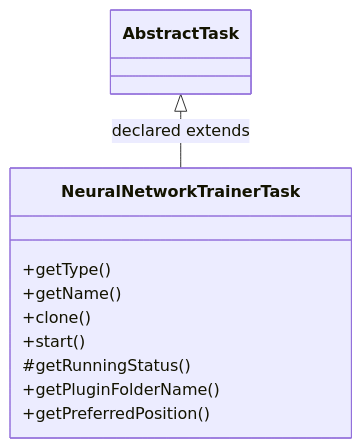
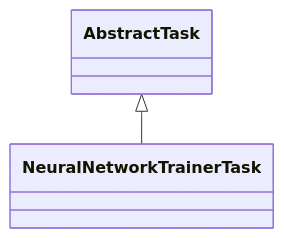
One commit to haruperi/HaruQuantAI changed the diagram in docs/sqx/NeuralNetworkTrainer/TaskNeuralNetworkTrainer.md. Above: the diagram before and after it, drawn with Mermaid. The commit also changed other lines of this file and 1688 other files, not shown here.

````diff
--- a/docs/sqx/NeuralNetworkTrainer/TaskNeuralNetworkTrainer.md
+++ b/docs/sqx/NeuralNetworkTrainer/TaskNeuralNetworkTrainer.md
@@ -30,14 +26,6 @@
 ```mermaid
 classDiagram
-    class C03a0f59c9e96["NeuralNetworkTrainerTask"] {
-        +getType()
-        +getName()
-        +clone()
-        +start()
-        #getRunningStatus()
-        +getPluginFolderName()
-        +getPreferredPosition()
-    }
-    class Ce44d386802cb["AbstractTask"]
-    Ce44d386802cb <|-- C03a0f59c9e96 : declared extends
+    class C0["NeuralNetworkTrainerTask"]
+    class E0["AbstractTask"]
+    E0 <|-- C0
 ```
````
